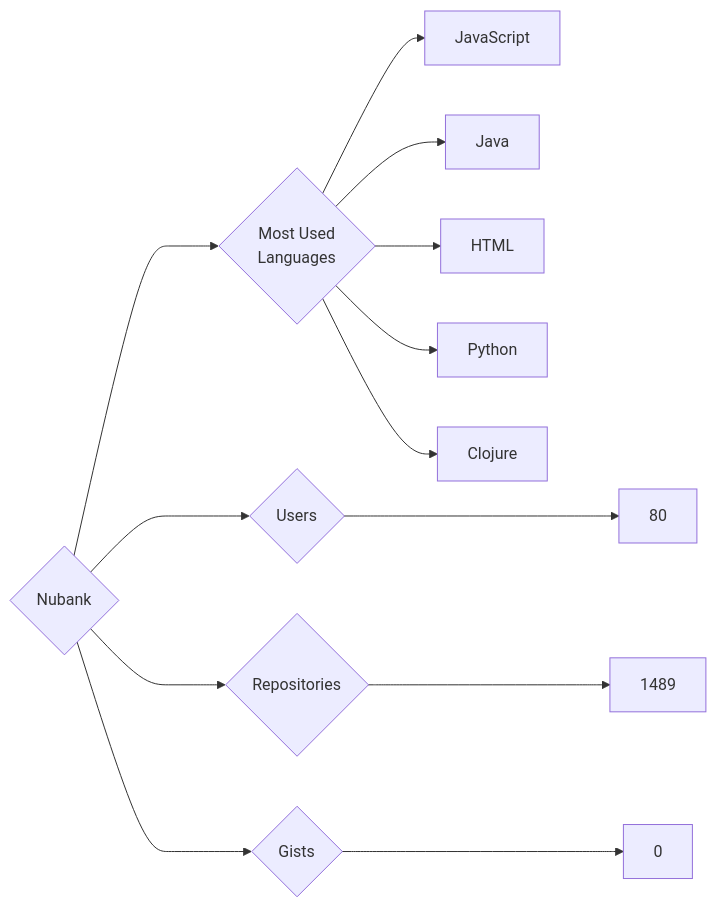
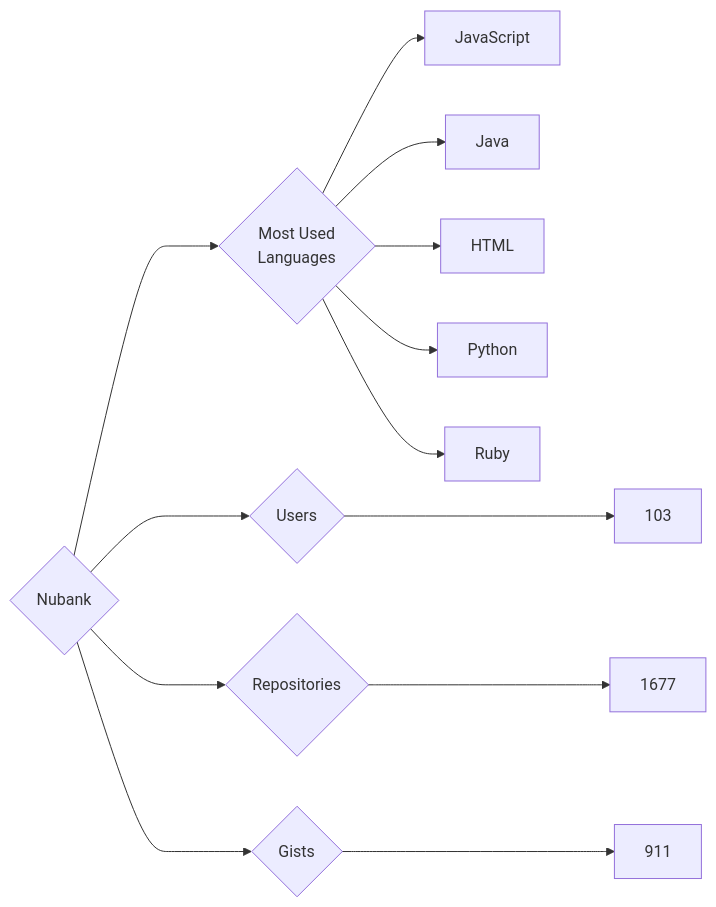
Before and after one commit to trickest/insiders: the diagram in targets/Nubank/README.md, drawn with Mermaid. The commit also changed 997 other files, not shown here.

````diff
--- a/targets/Nubank/README.md
+++ b/targets/Nubank/README.md
@@ -3,13 +3,13 @@
 ```mermaid
 graph LR
 COMPANY_NAME{Nubank}
-COMPANY_NAME ---> U{Users} ---> UN[80]
-COMPANY_NAME ---> R{Repositories} ---> RN[1489]
-COMPANY_NAME ---> G{Gists} ---> GN[0]
+COMPANY_NAME ---> U{Users} ---> UN[103]
+COMPANY_NAME ---> R{Repositories} ---> RN[1677]
+COMPANY_NAME ---> G{Gists} ---> GN[911]
 COMPANY_NAME ---> ML{Most Used<br>Languages}
-ML --> JavaScript
-ML --> Java
-ML --> HTML
-ML --> Python
-ML --> Clojure
+ML --> JavaScript[JavaScript]
+ML --> Java[Java]
+ML --> HTML[HTML]
+ML --> Python[Python]
+ML --> Ruby[Ruby]
 ```
````
